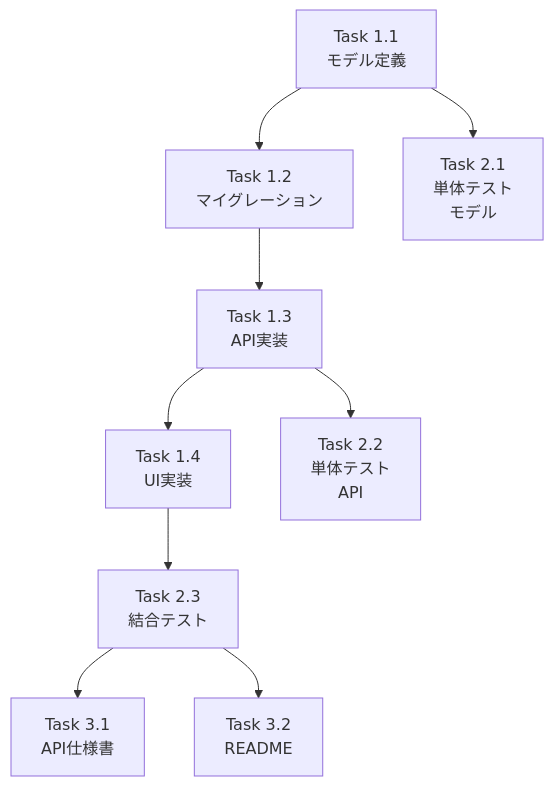
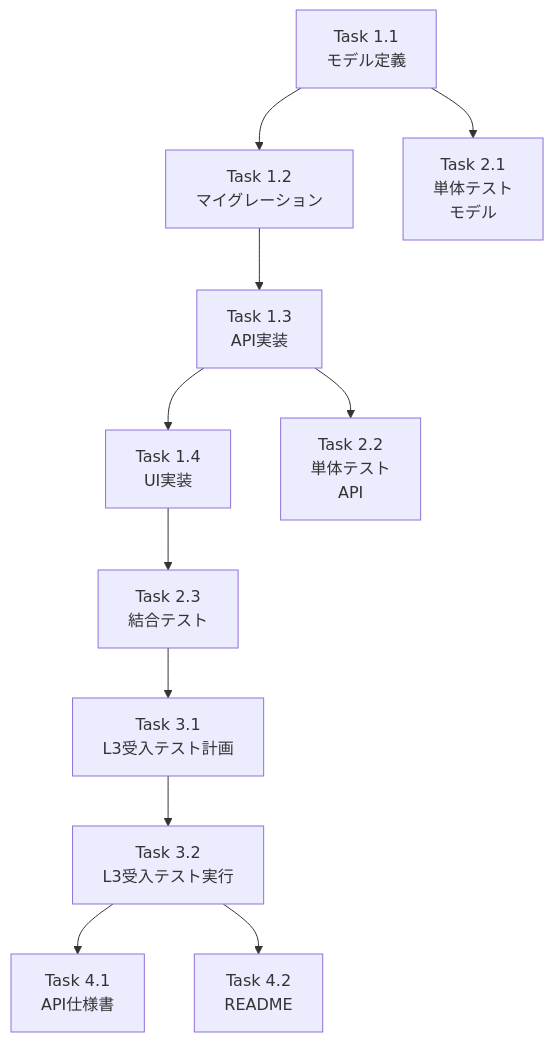
Before and after one commit to Kewton/MySwiftAgent: the diagram in .claude/commands/work-plan.md, drawn with Mermaid. The commit also changed other lines of this file and 1 other file, not shown here.

````diff
--- a/.claude/commands/work-plan.md
+++ b/.claude/commands/work-plan.md
@@ -86,13 +104,16 @@
 ```mermaid
 graph TD
     T11[Task 1.1<br/>モデル定義] --> T12[Task 1.2<br/>マイグレーション]
     T12 --> T13[Task 1.3<br/>API実装]
     T13 --> T14[Task 1.4<br/>UI実装]
 
     T11 --> T21[Task 2.1<br/>単体テスト<br/>モデル]
     T13 --> T22[Task 2.2<br/>単体テスト<br/>API]
     T14 --> T23[Task 2.3<br/>結合テスト]
 
-    T23 --> T31[Task 3.1<br/>API仕様書]
-    T23 --> T32[Task 3.2<br/>README]
+    T23 --> T31[Task 3.1<br/>L3受入テスト計画]
+    T31 --> T32[Task 3.2<br/>L3受入テスト実行]
+
+    T32 --> T41[Task 4.1<br/>API仕様書]
+    T32 --> T42[Task 4.2<br/>README]
 ```
````
